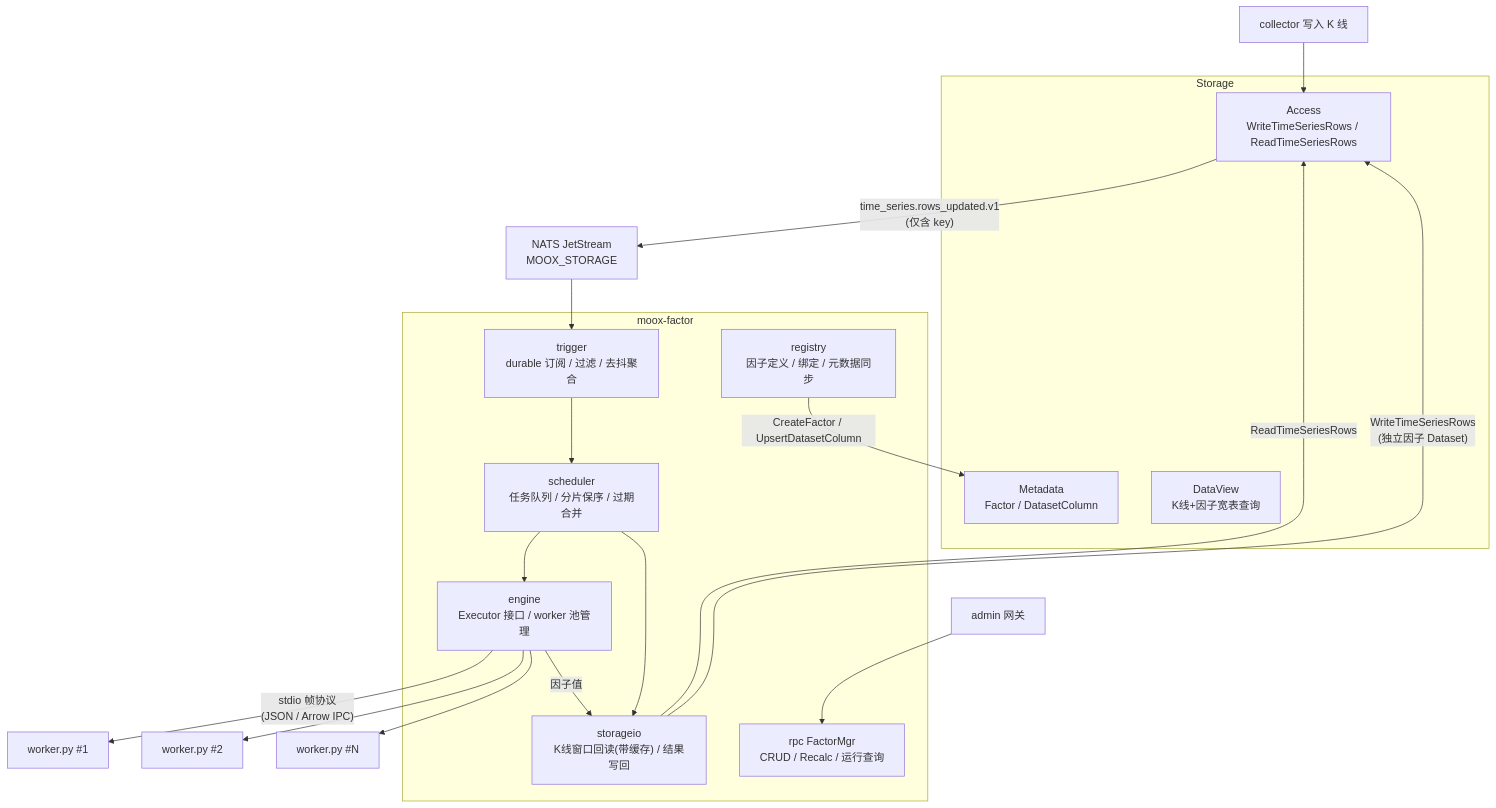
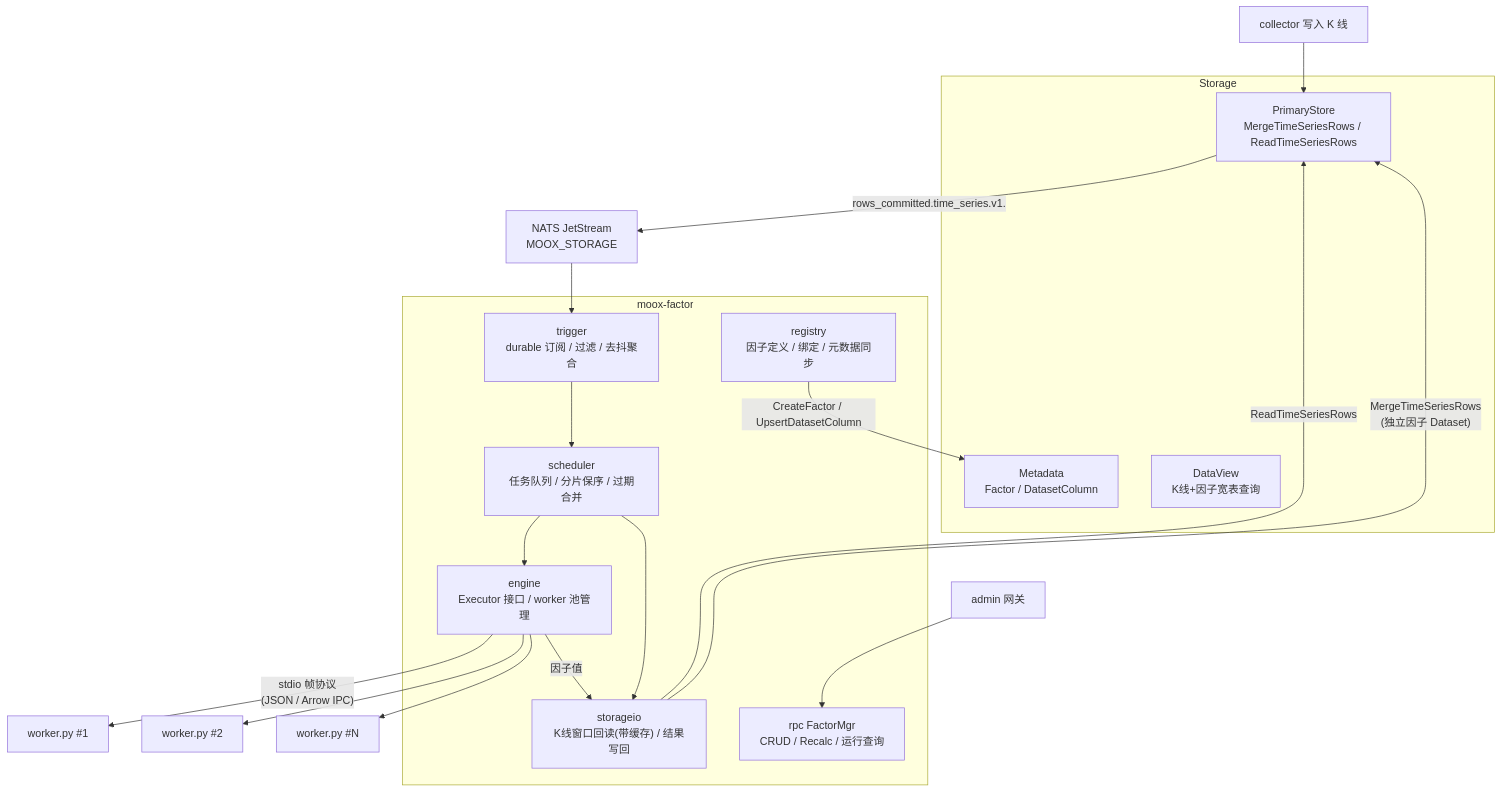
The second of 3 diagrams in docs/因子计算模块设计.md (mooyang-code/moox), drawn with Mermaid before and after one commit. The commit also changed other lines of this file and 382 other files, not shown here.

Commit message:
refactor(storage): enforce primary shard boundary

````diff
--- a/docs/因子计算模块设计.md
+++ b/docs/因子计算模块设计.md
@@ -61,31 +61,31 @@
 ```mermaid
 flowchart TB
   subgraph storage["Storage"]
-    Access["Access<br/>WriteTimeSeriesRows / ReadTimeSeriesRows"]
+    PrimaryStore["PrimaryStore<br/>MergeTimeSeriesRows / ReadTimeSeriesRows"]
     Meta["Metadata<br/>Factor / DatasetColumn"]
     View["DataView<br/>K线+因子宽表查询"]
   end
 
-  Collector["collector 写入 K 线"] --> Access
-  Access -- "time_series.rows_updated.v1<br/>(仅含 key)" --> JS["NATS JetStream<br/>MOOX_STORAGE"]
+  Collector["collector 写入 K 线"] --> PrimaryStore
+  PrimaryStore -- "rows_committed.time_series.v1.<shard>" --> JS["NATS JetStream<br/>MOOX_STORAGE"]
 
   subgraph factor["moox-factor"]
     Trigger["trigger<br/>durable 订阅 / 过滤 / 去抖聚合"]
     Sched["scheduler<br/>任务队列 / 分片保序 / 过期合并"]
     SIO["storageio<br/>K线窗口回读(带缓存) / 结果写回"]
     Engine["engine<br/>Executor 接口 / worker 池管理"]
     Registry["registry<br/>因子定义 / 绑定 / 元数据同步"]
     RPC["rpc FactorMgr<br/>CRUD / Recalc / 运行查询"]
   end
 
   JS --> Trigger --> Sched --> Engine
   Sched --> SIO
-  SIO -- ReadTimeSeriesRows --> Access
+  SIO -- ReadTimeSeriesRows --> PrimaryStore
   Engine -- "stdio 帧协议<br/>(JSON / Arrow IPC)" --> W1["worker.py #1"]
   Engine --> W2["worker.py #2"]
   Engine --> WN["worker.py #N"]
   Engine -- 因子值 --> SIO
-  SIO -- "WriteTimeSeriesRows<br/>(独立因子 Dataset)" --> Access
+  SIO -- "MergeTimeSeriesRows<br/>(独立因子 Dataset)" --> PrimaryStore
   Registry -- "CreateFactor / UpsertDatasetColumn" --> Meta
   Admin["admin 网关"] --> RPC
 ```
````
